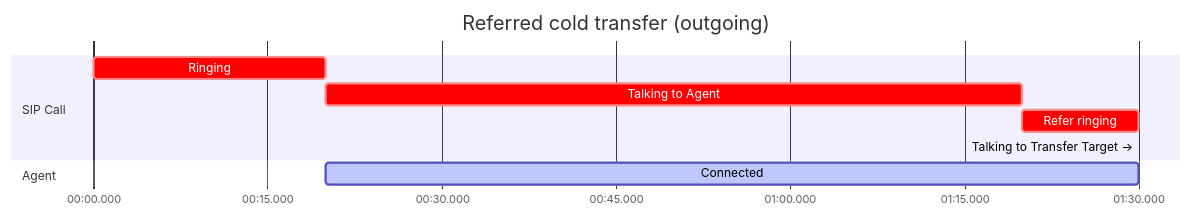
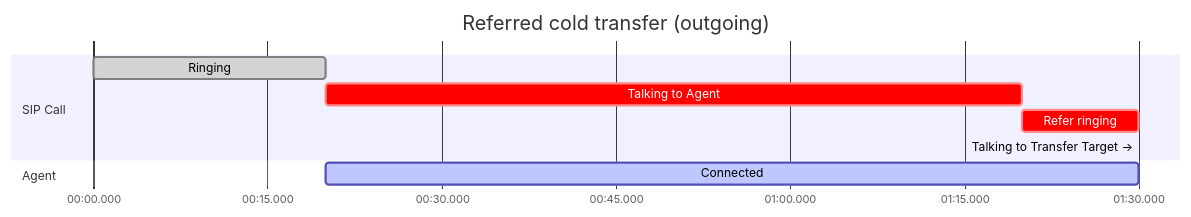
One commit to fixie-ai/ultradox changed the third of 7 diagrams in telephony/sip.mdx. Above: the diagram before and after it, drawn with Mermaid. The commit also changed other lines of this file, not shown here.

First line of the commit message:
Don't bill SIP minutes for ringing time (#155)

````diff
--- a/telephony/sip.mdx
+++ b/telephony/sip.mdx
@@ -217,15 +218,15 @@
 ```mermaid
 gantt
     title Referred cold transfer (outgoing)
     dateFormat x
     axisFormat %M:%S.%L
 
     section SIP Call
-    Ringing                    :crit, 0, 20000ms
+    Ringing                    :done, 0, 20000ms
     Talking to Agent           :crit, 60000ms
     Refer ringing              :crit, 10000ms
     Talking to Transfer Target -> :crit, 0ms
 
     section Agent
     Connected                  :active, 20000, 70000ms
 ```
````
